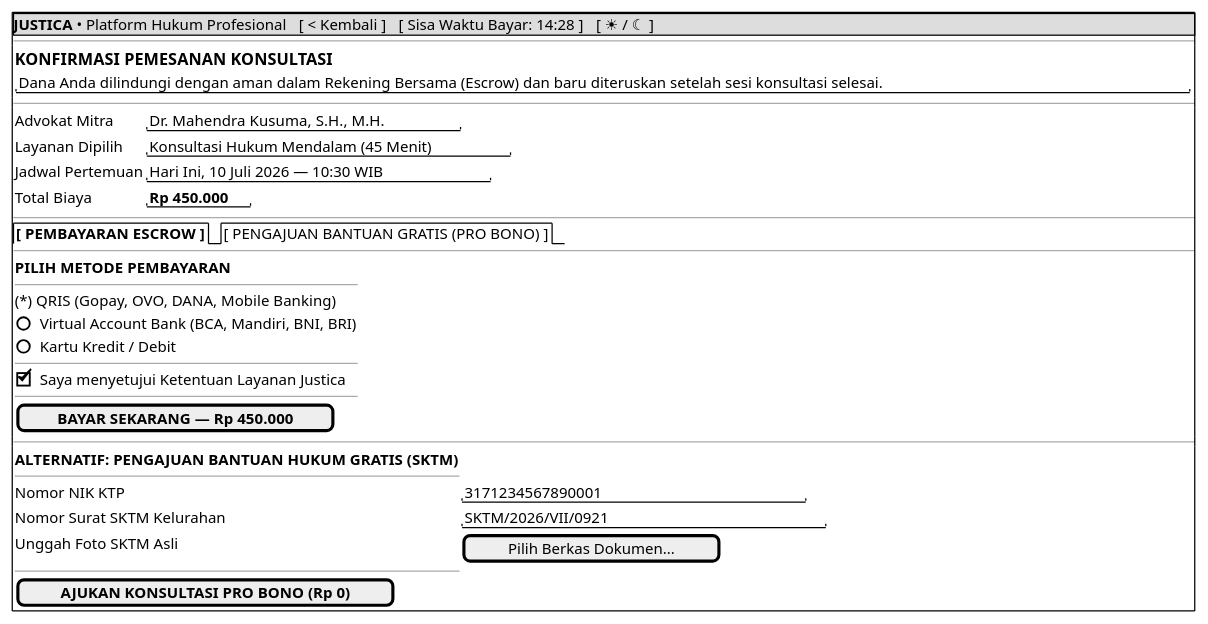
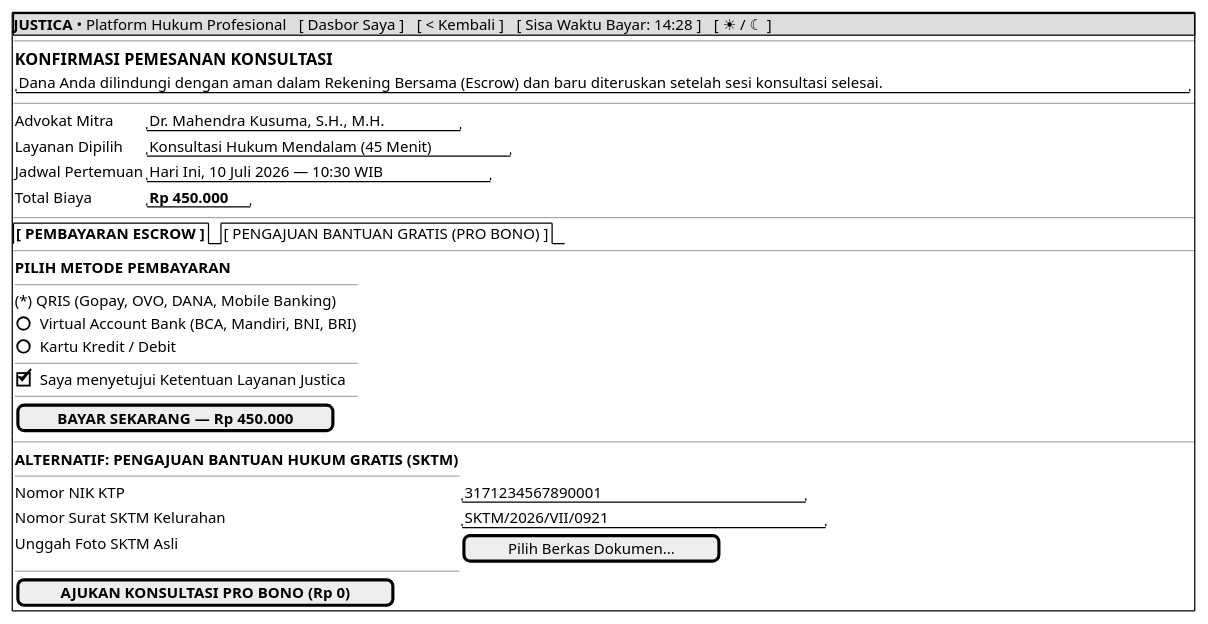
Before and after one commit to tupperwureism/SuperApp-Gagal: the diagram in JustifiqaMockups/mockup_clear/MOCK-J-CL-03_Checkout_Escrow_ProBono.md, drawn with PlantUML. The commit also changed 21 other files, not shown here.

````diff
--- a/JustifiqaMockups/mockup_clear/MOCK-J-CL-03_Checkout_Escrow_ProBono.md
+++ b/JustifiqaMockups/mockup_clear/MOCK-J-CL-03_Checkout_Escrow_ProBono.md
@@ -16,43 +16,43 @@
 ```plantuml
 @startsalt
 {+
-  {* <b>JUSTICA</b> • Platform Hukum Profesional | [ < Kembali ] | [ Sisa Waktu Bayar: 14:28 ] | [ ☀ / ☾ ] }
+  {* <b>JUSTICA</b> • Platform Hukum Profesional | [ Dasbor Saya ] | [ < Kembali ] | [ Sisa Waktu Bayar: 14:28 ] | [ ☀ / ☾ ] }
   --
   {
     === KONFIRMASI PEMESANAN KONSULTASI
     "Dana Anda dilindungi dengan aman dalam Rekening Bersama (Escrow) dan baru diteruskan setelah sesi konsultasi selesai."
   }
   --
   {
     Advokat Mitra      | "Dr. Mahendra Kusuma, S.H., M.H."
     Layanan Dipilih    | "Konsultasi Hukum Mendalam (45 Menit)"
     Jadwal Pertemuan   | "Hari Ini, 10 Juli 2026 — 10:30 WIB"
     Total Biaya        | "<b>Rp 450.000</b>"
   }
   --
   {/ <b>[ PEMBAYARAN ESCROW ]</b> | [ PENGAJUAN BANTUAN GRATIS (PRO BONO) ] }
   --
   {
     <b>PILIH METODE PEMBAYARAN</b>
     --
     (*) QRIS (Gopay, OVO, DANA, Mobile Banking)
     () Virtual Account Bank (BCA, Mandiri, BNI, BRI)
     () Kartu Kredit / Debit
     --
     [X] Saya menyetujui Ketentuan Layanan Justica
     --
     [  <b>BAYAR SEKARANG — Rp 450.000</b>  ]
   }
   --
   {
     <b>ALTERNATIF: PENGAJUAN BANTUAN HUKUM GRATIS (SKTM)</b>
     --
     Nomor NIK KTP              | "3171234567890001                  "
     Nomor Surat SKTM Kelurahan | "SKTM/2026/VII/0921                  "
     Unggah Foto SKTM Asli      | [ Pilih Berkas Dokumen... ]
     --
     [  <b>AJUKAN KONSULTASI PRO BONO (Rp 0)</b>  ]
   }
 }
 @endsalt
 ```
````
